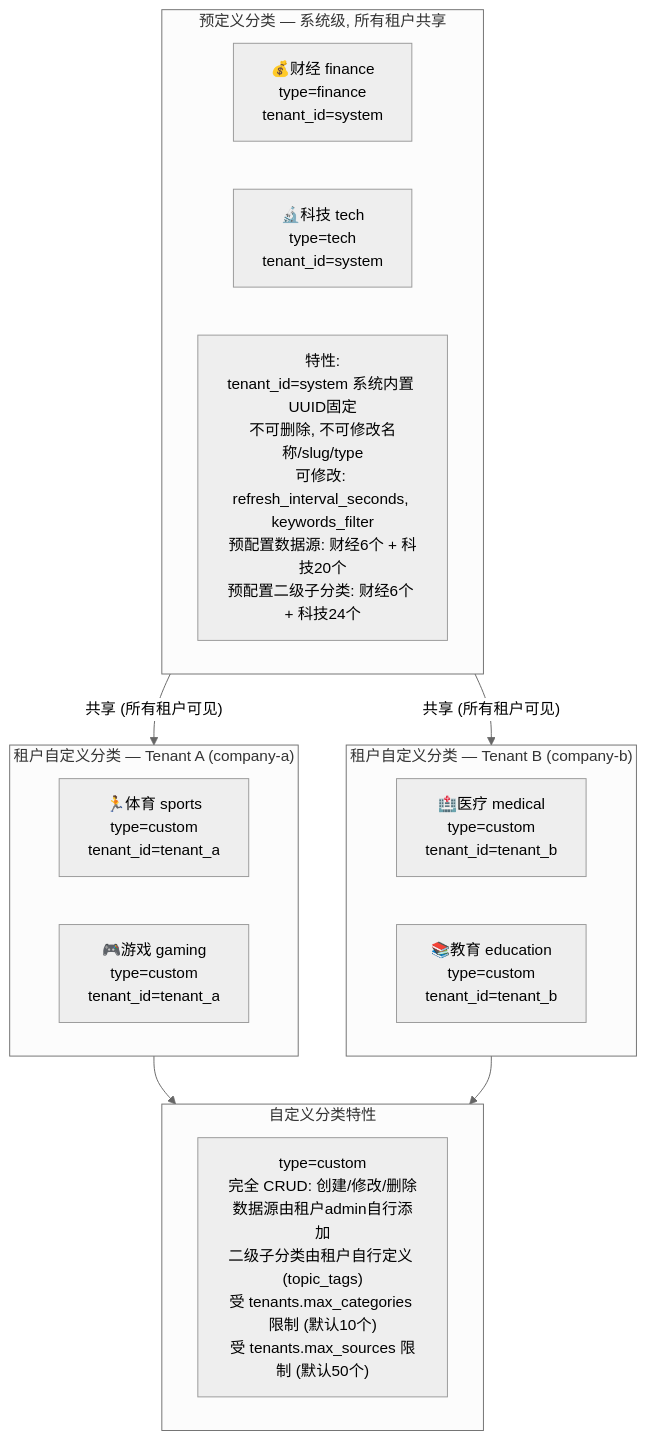
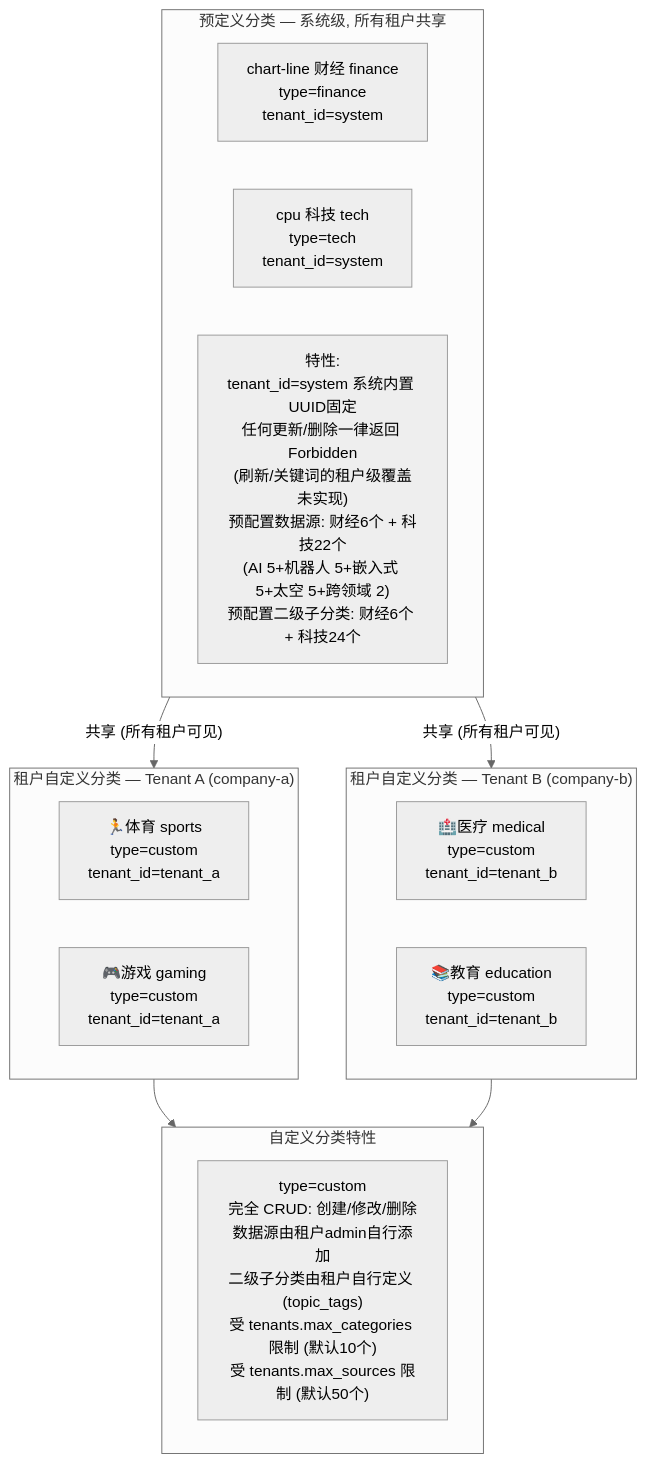
Before and after one commit to onceme/instantboard: the fourth of 6 diagrams in docs/design/content-categories.md, drawn with Mermaid (neutral theme). The commit also changed other lines of this file and 14 other files, not shown here.

````diff
--- a/docs/design/content-categories.md
+++ b/docs/design/content-categories.md
@@ -277,23 +300,23 @@
 ```mermaid
 graph TD
     subgraph system["预定义分类 — 系统级, 所有租户共享"]
-        sys_finance["💰财经 finance<br/>type=finance<br/>tenant_id=system"]
-        sys_tech["🔬科技 tech<br/>type=tech<br/>tenant_id=system"]
-        sys_feature["特性:<br/>tenant_id=system 系统内置 UUID固定<br/>不可删除, 不可修改名称/slug/type<br/>可修改: refresh_interval_seconds, keywords_filter<br/>预配置数据源: 财经6个 + 科技20个<br/>预配置二级子分类: 财经6个 + 科技24个"]
+        sys_finance["chart-line 财经 finance<br/>type=finance<br/>tenant_id=system"]
+        sys_tech["cpu 科技 tech<br/>type=tech<br/>tenant_id=system"]
+        sys_feature["特性:<br/>tenant_id=system 系统内置 UUID固定<br/>任何更新/删除一律返回 Forbidden<br/>(刷新/关键词的租户级覆盖未实现)<br/>预配置数据源: 财经6个 + 科技22个<br/>(AI 5+机器人 5+嵌入式 5+太空 5+跨领域 2)<br/>预配置二级子分类: 财经6个 + 科技24个"]
     end
     subgraph tenant_a["租户自定义分类 — Tenant A (company-a)"]
         ta_sports["🏃体育 sports<br/>type=custom<br/>tenant_id=tenant_a"]
         ta_gaming["🎮游戏 gaming<br/>type=custom<br/>tenant_id=tenant_a"]
     end
     subgraph tenant_b["租户自定义分类 — Tenant B (company-b)"]
         tb_medical["🏥医疗 medical<br/>type=custom<br/>tenant_id=tenant_b"]
         tb_edu["📚教育 education<br/>type=custom<br/>tenant_id=tenant_b"]
     end
     subgraph custom_feature["自定义分类特性"]
         cf["type=custom<br/>完全 CRUD: 创建/修改/删除<br/>数据源由租户admin自行添加<br/>二级子分类由租户自行定义 (topic_tags)<br/>受 tenants.max_categories 限制 (默认10个)<br/>受 tenants.max_sources 限制 (默认50个)"]
     end
     system -->|"共享 (所有租户可见)"| tenant_a
     system -->|"共享 (所有租户可见)"| tenant_b
     tenant_a --> custom_feature
     tenant_b --> custom_feature
 ```
````
